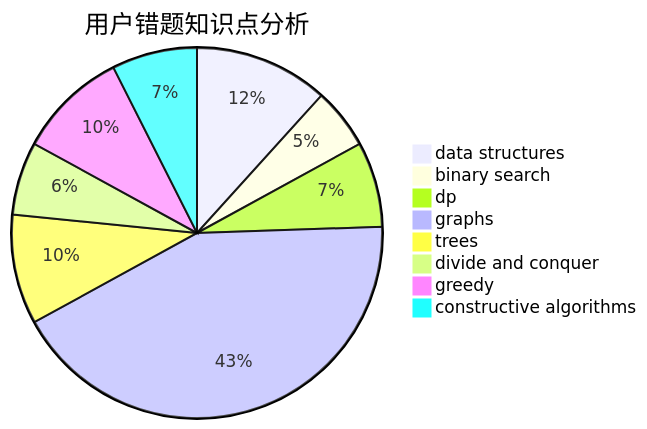
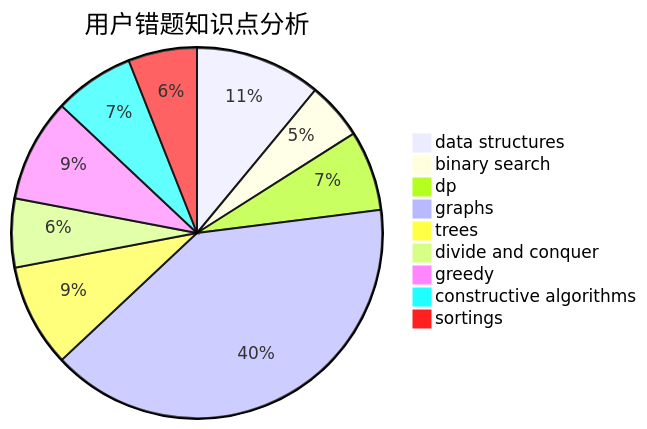
Before and after one commit to sherpahu/cfrs.github.io: the third of 3 diagrams in docs/user/u1100.md, drawn with Mermaid. The commit also changed other lines of this file and 2769 other files, not shown here.

````diff
--- a/docs/user/u1100.md
+++ b/docs/user/u1100.md
@@ -36,11 +32,12 @@
 ```mermaid
 pie title 用户错题知识点分析
     "data structures" :  11
     "binary search" :  5
     "dp" :  7
     "graphs" :  40
     "trees" :  9
     "divide and conquer" :  6
     "greedy" :  9
     "constructive algorithms" :  7
+    "sortings" :  6
 ```
````
